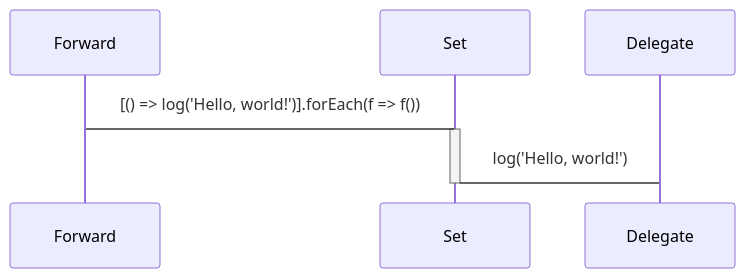
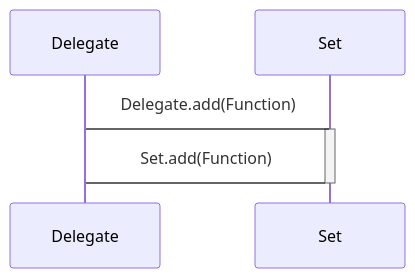
One commit to domrally/peekeasy changed the first of 4 diagrams in README.md. Above: the diagram before and after it, drawn with Mermaid. The commit also changed other lines of this file and 70 other files, not shown here.

````diff
--- a/README.md
+++ b/README.md
@@ -81,7 +58,7 @@
 ```mermaid
 sequenceDiagram
-    Forward->Set: [() => log('Hello, world!')].forEach(f => f())
+    Delegate->Set: Delegate.add(Function)
     activate Set
-    Set->Delegate: log('Hello, world!')
+    Set->Delegate: Set.add(Function)
     deactivate Set
 ```
````
